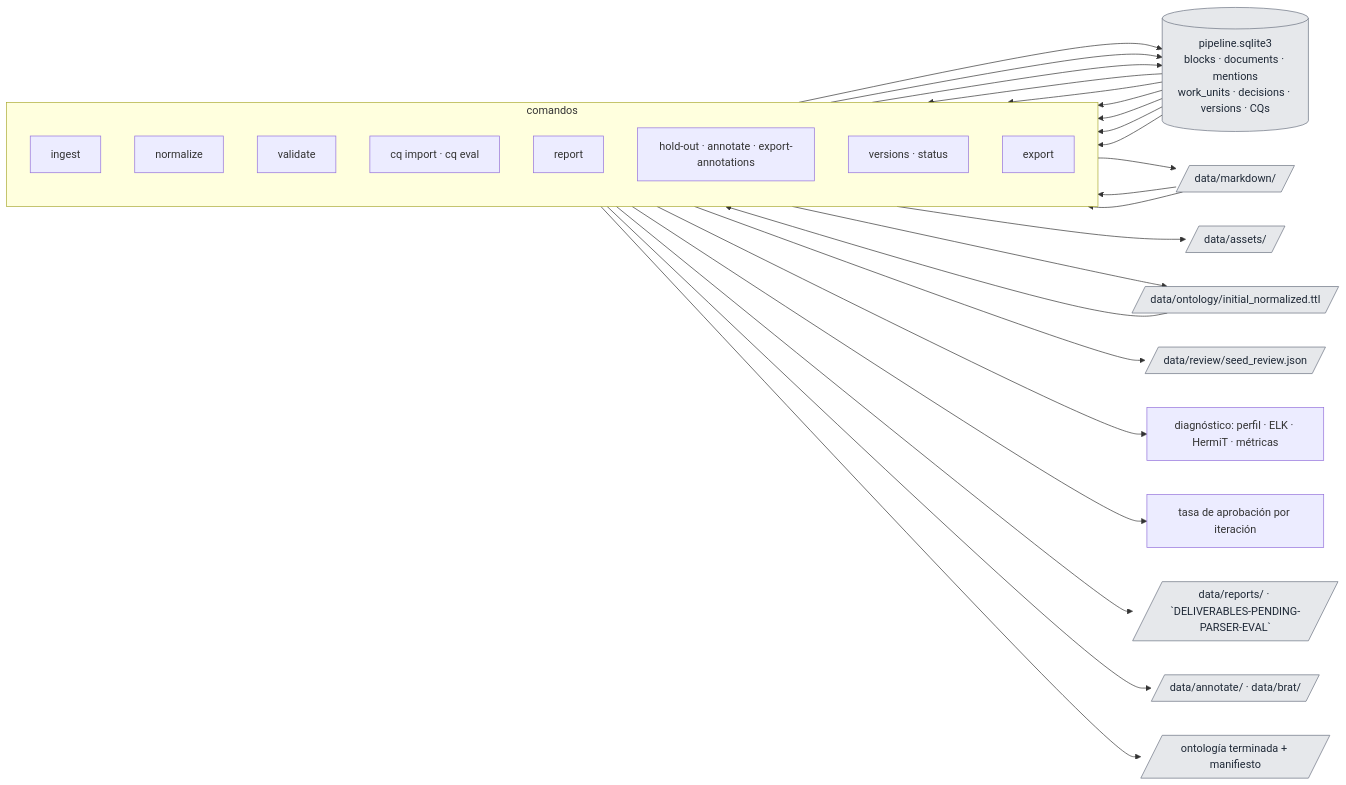
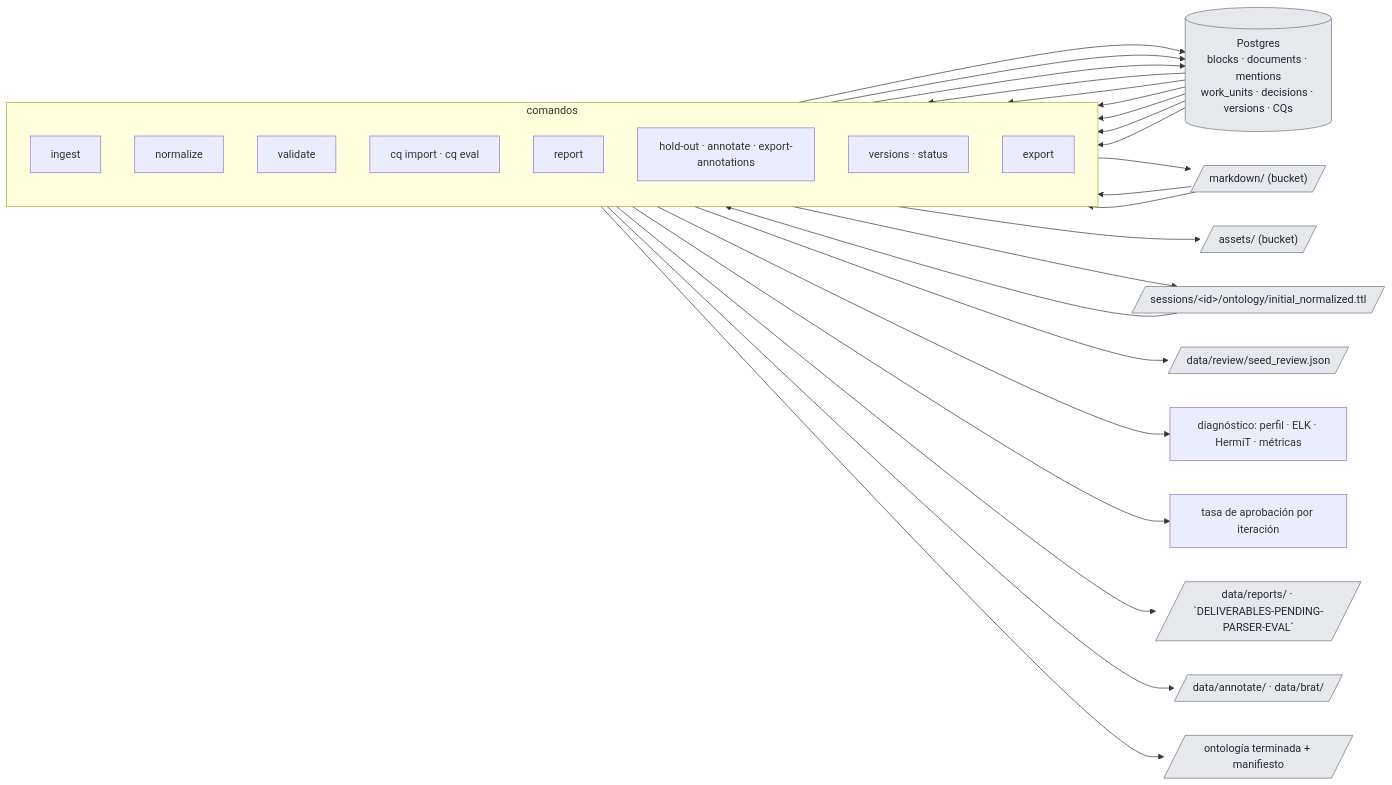
The second of 3 diagrams in README.md (gonzatorte/ontology_and_llm_pipeline), drawn with Mermaid before and after one commit. The commit also changed other lines of this file, not shown here.

````diff
--- a/README.md
+++ b/README.md
@@ -415,45 +415,45 @@
 ```mermaid
 flowchart LR
   subgraph C["comandos"]
     direction TB
     i["ingest"]
     n["normalize"]
     v["validate"]
     q["cq import · cq eval"]
     r["report"]
     a["hold-out · annotate · export-annotations"]
     s["versions · status"]
     e["export"]
   end
 
-  db[("pipeline.sqlite3<br/>blocks · documents · mentions<br/>work_units · decisions · versions · CQs")]
-  md[/"data/markdown/"/]
-  as[/"data/assets/"/]
-  on[/"data/ontology/initial_normalized.ttl"/]
+  db[("Postgres<br/>blocks · documents · mentions<br/>work_units · decisions · versions · CQs")]
+  md[/"markdown/ (bucket)"/]
+  as[/"assets/ (bucket)"/]
+  on[/"sessions/&lt;id&gt;/ontology/initial_normalized.ttl"/]
   rv[/"data/review/seed_review.json"/]
   rp[/"data/reports/ · `DELIVERABLES-PENDING-PARSER-EVAL`"/]
   an[/"data/annotate/ · data/brat/"/]
   ex[/"ontología terminada + manifiesto"/]
   di["diagnóstico: perfil · ELK · HermiT · métricas"]
   pr["tasa de aprobación por iteración"]
 
   i --> db
   i --> md
   i --> as
   n --> on
   n --> rv
   n --> db
   db --> v
   on --> v --> di
   q --> db
   db --> q --> pr
   db --> r --> rp
   md --> r
   db --> a --> an
   md --> a
   db --> s
   db --> e --> ex
 
   classDef store fill:#e6e8eb,stroke:#6b7280,color:#1f2937
   class db,md,as,on,rv,rp,an,ex store
 ```
````
